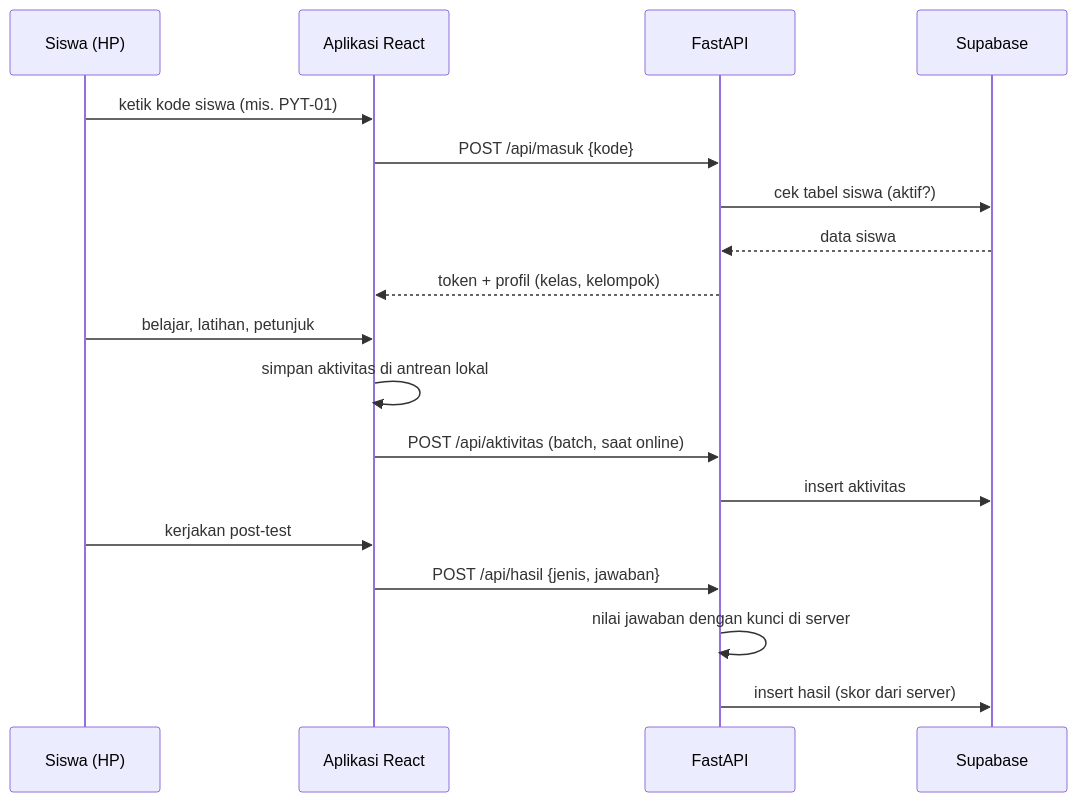
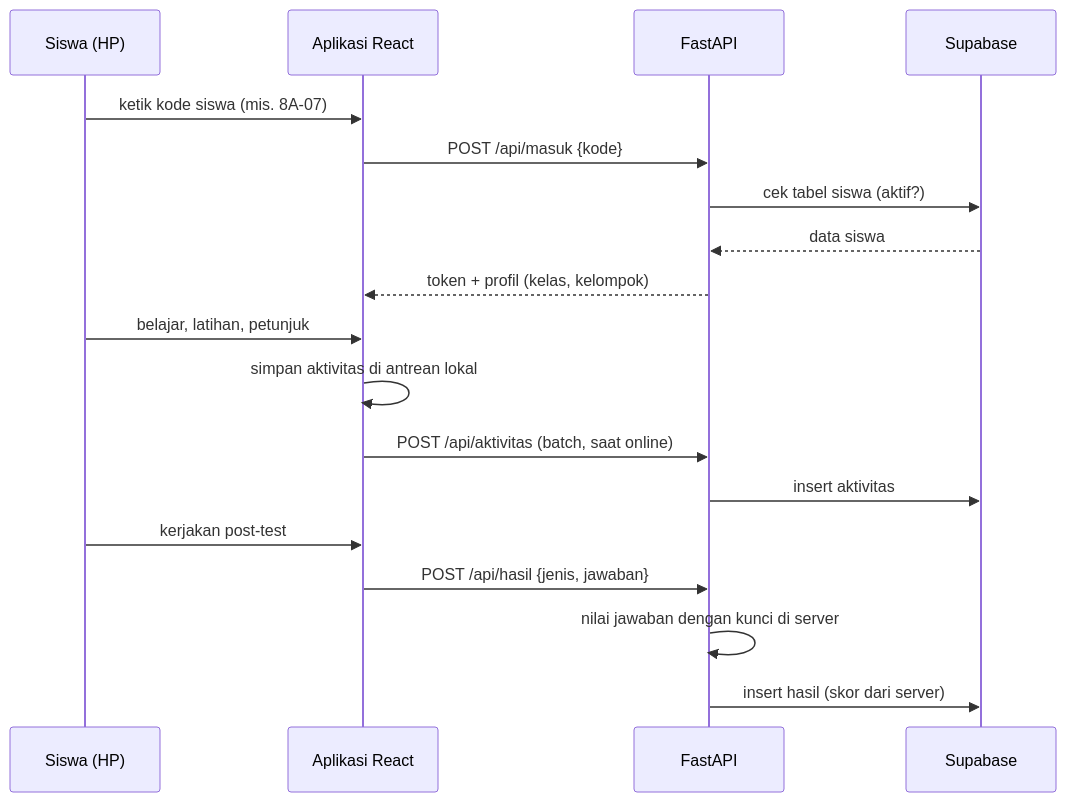
Before and after one commit to azkiahsafira/project-uas-penerapan-pythagoras-2225250013: the second of 2 diagrams in architecture.md, drawn with Mermaid. The commit also changed other lines of this file and 5 other files, not shown here.

````diff
--- a/architecture.md
+++ b/architecture.md
@@ -40,20 +40,20 @@
 ```mermaid
 sequenceDiagram
   participant S as Siswa (HP)
   participant A as Aplikasi React
   participant B as FastAPI
   participant D as Supabase
-  S->>A: ketik kode siswa (mis. PYT-01)
+  S->>A: ketik kode siswa (mis. 8A-07)
   A->>B: POST /api/masuk {kode}
   B->>D: cek tabel siswa (aktif?)
   D-->>B: data siswa
   B-->>A: token + profil (kelas, kelompok)
   S->>A: belajar, latihan, petunjuk
   A->>A: simpan aktivitas di antrean lokal
   A->>B: POST /api/aktivitas (batch, saat online)
   B->>D: insert aktivitas
   S->>A: kerjakan post-test
   A->>B: POST /api/hasil {jenis, jawaban}
   B->>B: nilai jawaban dengan kunci di server
   B->>D: insert hasil (skor dari server)
 ```
````
